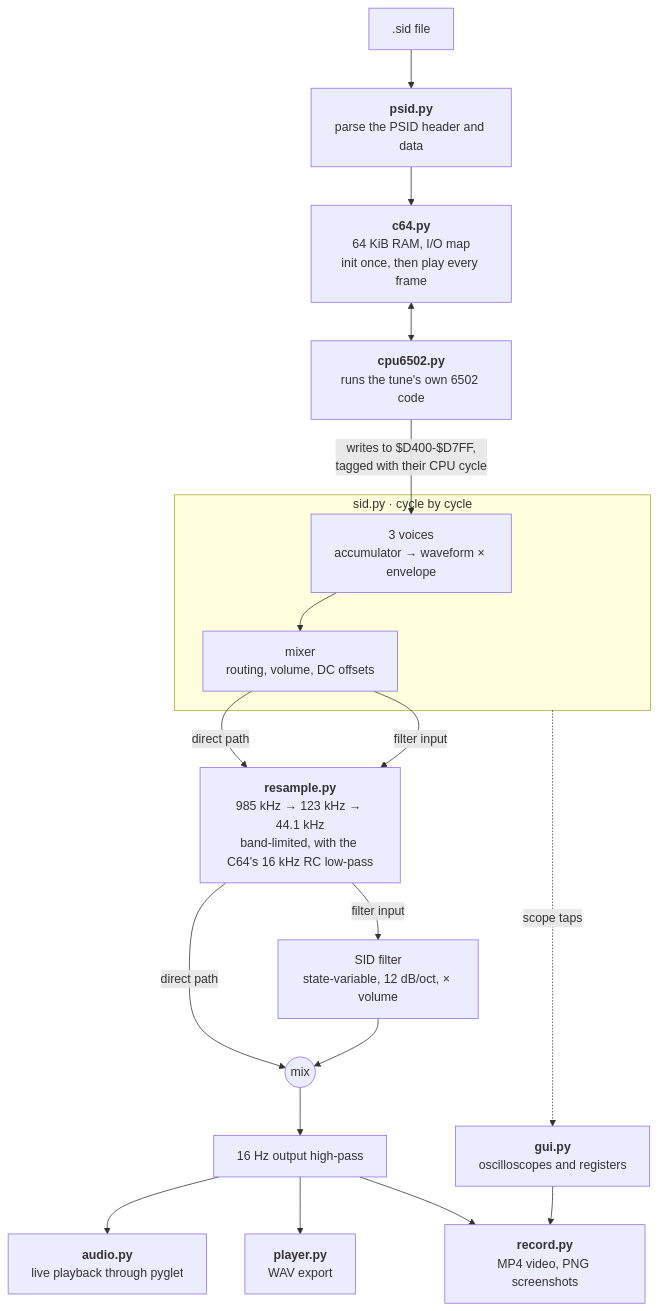
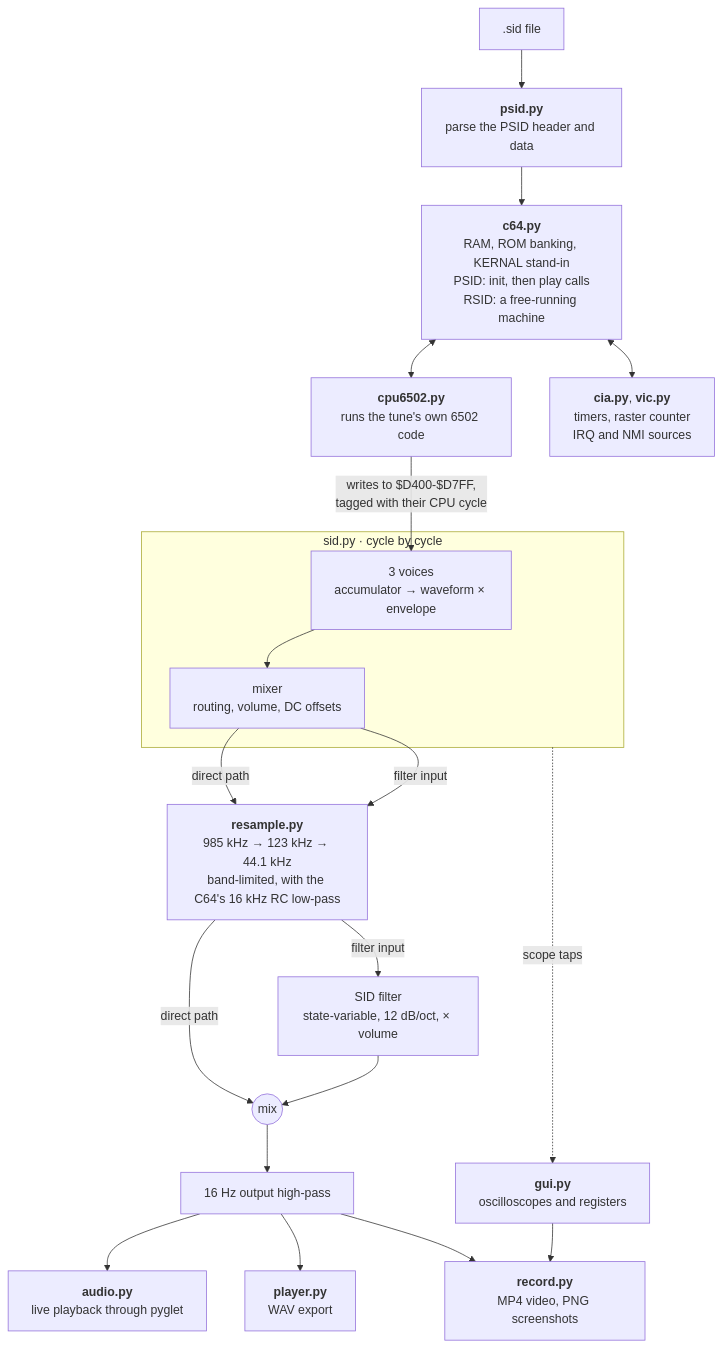
One commit to alecu/numsid changed the diagram in README.md. Above: the diagram before and after it, drawn with Mermaid. The commit also changed other lines of this file and 8 other files, not shown here.

First line of the commit message:
Add RSID support: interrupt-driven machine and replacement KERNAL (F1, F2)

````diff
--- a/README.md
+++ b/README.md
@@ -76,23 +76,24 @@
 ```mermaid
 flowchart TD
     file[".sid file"] --> psid["<b>psid.py</b><br/>parse the PSID header and data"]
-    psid --> c64["<b>c64.py</b><br/>64 KiB RAM, I/O map<br/>init once, then play every frame"]
+    psid --> c64["<b>c64.py</b><br/>RAM, ROM banking, KERNAL stand-in<br/>PSID: init, then play calls<br/>RSID: a free-running machine"]
     c64 <--> cpu["<b>cpu6502.py</b><br/>runs the tune's own 6502 code"]
+    c64 <--> chips["<b>cia.py</b>, <b>vic.py</b><br/>timers, raster counter<br/>IRQ and NMI sources"]
     cpu -- "writes to $D400-$D7FF,<br/>tagged with their CPU cycle" --> voices
 
     subgraph sid ["sid.py · cycle by cycle"]
         voices["3 voices<br/>accumulator → waveform × envelope"] --> mixer["mixer<br/>routing, volume, DC offsets"]
     end
 
     mixer -- "direct path" --> res["<b>resample.py</b><br/>985 kHz → 123 kHz → 44.1 kHz<br/>band-limited, with the C64's 16 kHz RC low-pass"]
     mixer -- "filter input" --> res
     res -- "filter input" --> svf["SID filter<br/>state-variable, 12 dB/oct, × volume"]
     res -- "direct path" --> sum(("mix"))
     svf --> sum
     sum --> hp["16 Hz output high-pass"]
     hp --> live["<b>audio.py</b><br/>live playback through pyglet"]
     hp --> wav["<b>player.py</b><br/>WAV export"]
     hp --> rec["<b>record.py</b><br/>MP4 video, PNG screenshots"]
     sid -. "scope taps" .-> gui["<b>gui.py</b><br/>oscilloscopes and registers"]
     gui --> rec
 ```
````
